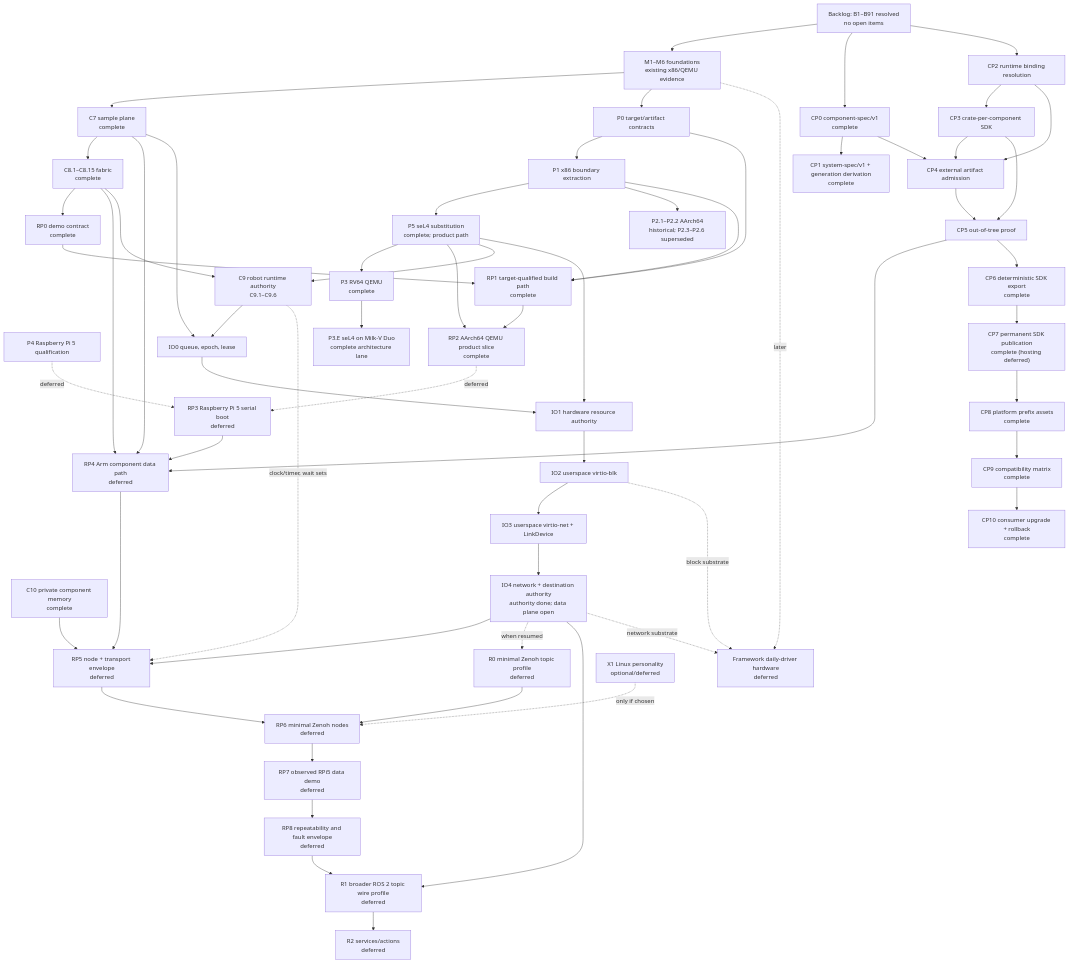
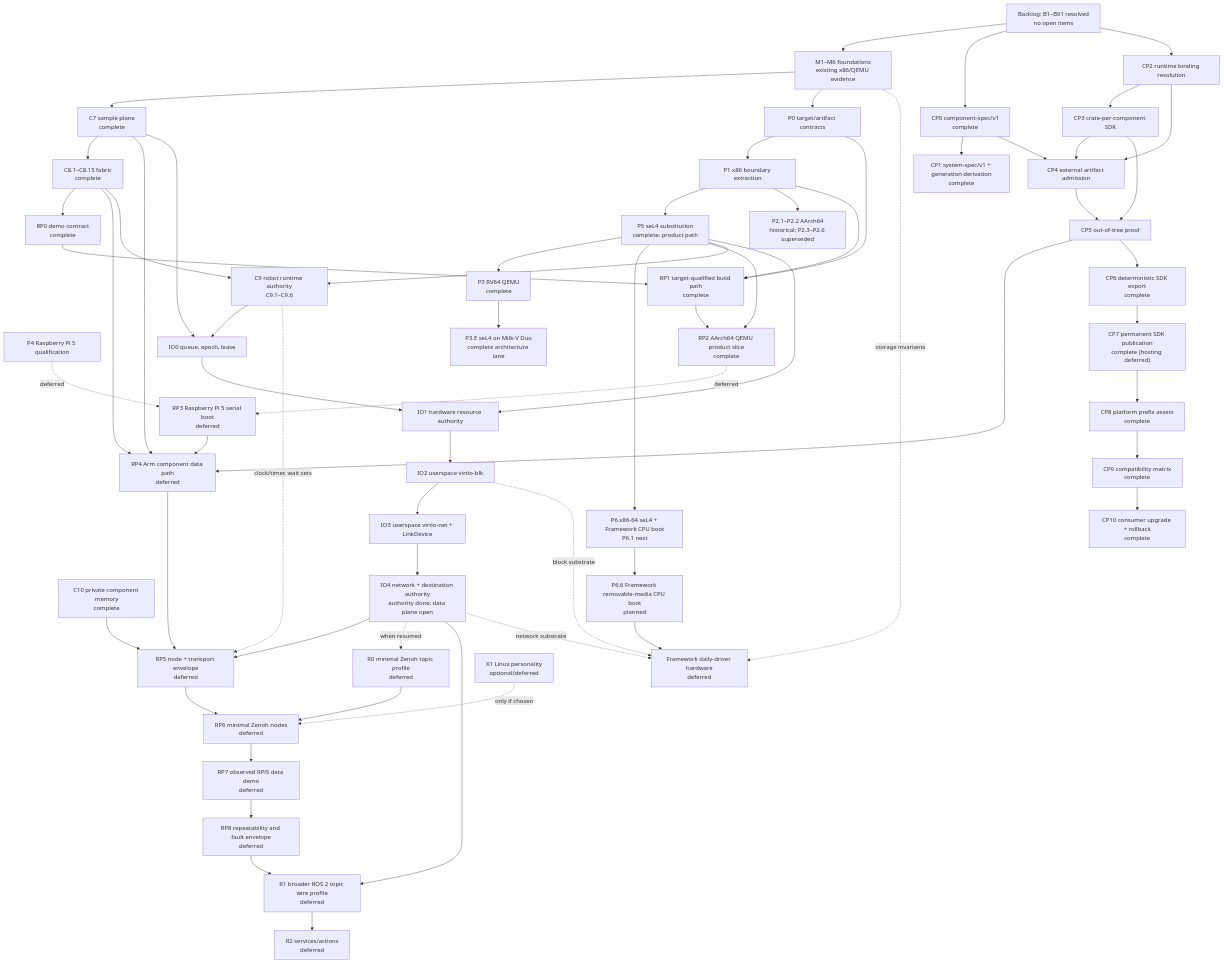
The diagram in roadmap/README.md (iceice666/slime_os), drawn with Mermaid before and after one commit. The commit also changed other lines of this file and 5 other files, not shown here.

Commit message:
docs(framework/roadmap): plan amd64 seL4 return

````diff
--- a/roadmap/README.md
+++ b/roadmap/README.md
@@ -50,6 +51,7 @@
     P1["P1 x86 boundary extraction"]
     P2["P2.1–P2.2 AArch64\nhistorical; P2.3–P2.6 superseded"]
     P5["P5 seL4 substitution\ncomplete; product path"]
+    P6["P6 x86-64 seL4 + Framework CPU boot\nP6.1 next"]
     P4["P4 Raspberry Pi 5 qualification"]
     C9["C9 robot runtime authority\nC9.1–C9.6"]
     C10["C10 private component memory\ncomplete"]
@@ -84,6 +86,7 @@
     Framework["Framework daily-driver hardware\ndeferred"]
     RV64["P3 RV64 QEMU\ncomplete"]
     Duo["P3.E seL4 on Milk-V Duo\ncomplete architecture lane"]
+    FrameworkCPU["P6.6 Framework removable-media CPU boot\nplanned"]
     X1["X1 Linux personality\noptional/deferred"]
 
     Backlog --> Foundations
@@ -91,6 +94,7 @@
     Foundations --> P0 --> P1 --> P5
     P1 --> P2
     P5 --> RV64 --> Duo
+    P5 --> P6 --> FrameworkCPU --> Framework
     C8 --> RP0
     P0 --> RP1
     P1 --> RP1
@@ -123,7 +127,7 @@
     X1 -.->|only if chosen| RP6
     RP8 --> R1 --> R2
     IO4 --> R1
-    Foundations -.->|later| Framework
+    Foundations -.->|storage invariants| Framework
     IO2 -.->|block substrate| Framework
     IO4 -.->|network substrate| Framework
 ```
````
